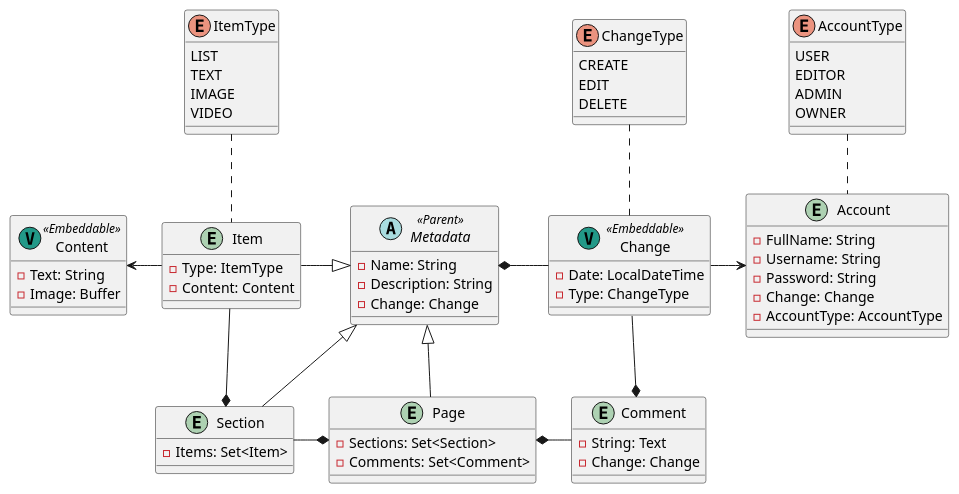
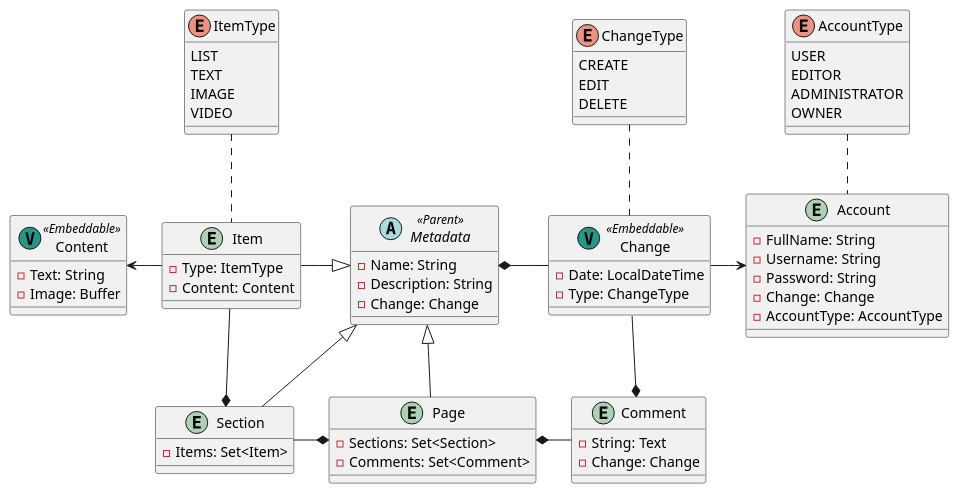
One commit to LouisFerro/HFW-HighlyFunctionalWiki changed the diagram in src/main/plantuml/5. Main - Production.puml. Above: the diagram before and after it, drawn with PlantUML. The commit also changed 1 other file, not shown here.

Commit message:
Refactoring of concept UML for better wording.

```diff
--- a/src/main/plantuml/5. Main - Production.puml
+++ b/src/main/plantuml/5. Main - Production.puml
@@ -1,98 +1,98 @@
 @startuml
 'https://plantuml.com/class-diagram'
 
 abstract class Metadata <<Parent>>
 {
     - Name: String
     - Description: String
     - Change: Change
 }
 
 entity Page
 {
     - Sections: Set<Section>
     - Comments: Set<Comment>
 }
 
 entity Section
 {
     - Items: Set<Item>
 }
 
 entity Item
 {
     - Type: ItemType
     - Content: Content
 }
 
 enum ItemType
 {
     LIST
     TEXT
     IMAGE
     VIDEO
 }
 
 entity Content <<(V, #229988)Embeddable>>
 {
     - Text: String
     - Image: Buffer
 }
 
 entity Comment
 {
     - String: Text
     - Change: Change
 }
 
 entity Account
 {
     - FullName: String
     - Username: String
     - Password: String
     - Change: Change
     - AccountType: AccountType
 }
 
 enum AccountType
 {
     USER
     EDITOR
-    ADMIN
+    ADMINISTRATOR
     OWNER
 }
 
 entity Change <<(V, #229988)Embeddable>>
 {
     - Date: LocalDateTime
     - Type: ChangeType
 }
 
 enum ChangeType
 {
     CREATE
     EDIT
     DELETE
 }
 
 Account .up. AccountType
 
 Change -left-* Metadata
 Change -right-> Account
 Change -down-* Comment
 Change .up. ChangeType
 
 Comment -left-* Page
 
 Page -up-|> Metadata
 
 Section -up-|> Metadata
 Section -right-* Page
 
 Item -right-|> Metadata
 Item -down-* Section
 Item -left-> Content
 Item .up. ItemType
 
 
 @enduml
```
